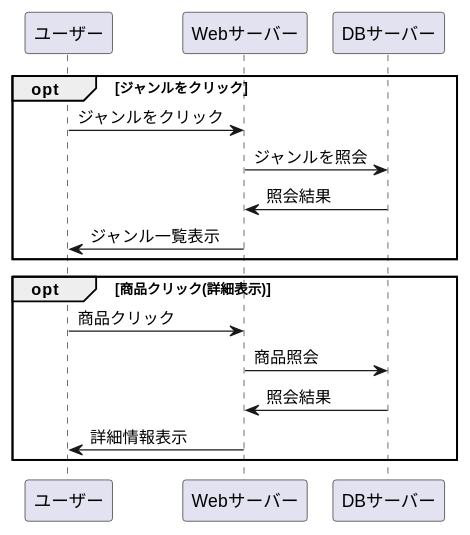
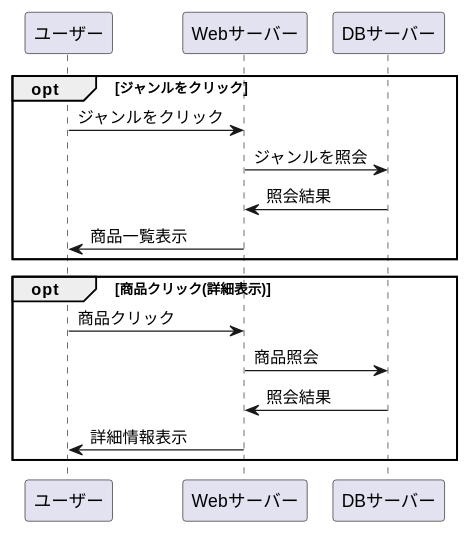
One commit to Aso2001154/2021sys-design changed the diagram in stationary/業務フロー/商品一覧・商品詳細.md. Above: the diagram before and after it, drawn with PlantUML.

````diff
--- a/stationary/業務フロー/商品一覧・商品詳細.md
+++ b/stationary/業務フロー/商品一覧・商品詳細.md
@@ -1,19 +1,19 @@
 ```uml
 @startuml
 
 opt ジャンルをクリック
 ユーザー -> Webサーバー : ジャンルをクリック
 Webサーバー -> DBサーバー : ジャンルを照会
 DBサーバー -> Webサーバー : 照会結果
-Webサーバー -> ユーザー : ジャンル一覧表示
+Webサーバー -> ユーザー : 商品一覧表示
 end
 
 opt 商品クリック(詳細表示)
 ユーザー -> Webサーバー : 商品クリック
 Webサーバー -> DBサーバー : 商品照会
 DBサーバー -> Webサーバー : 照会結果
 Webサーバー -> ユーザー : 詳細情報表示
 end
 
 @enduml
 ```
````
